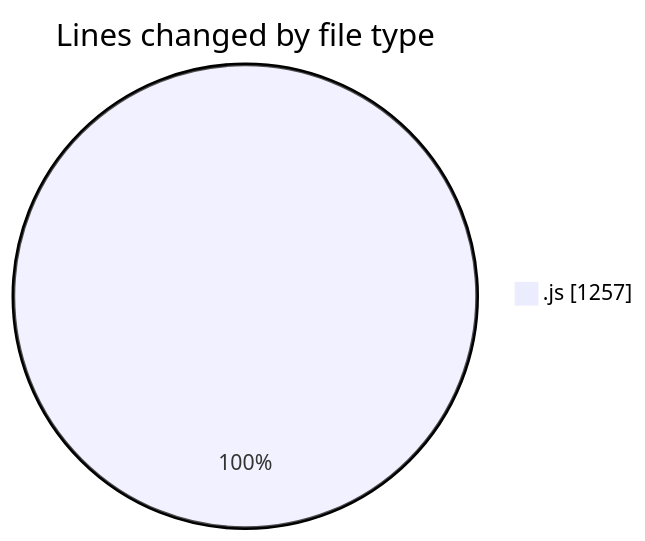
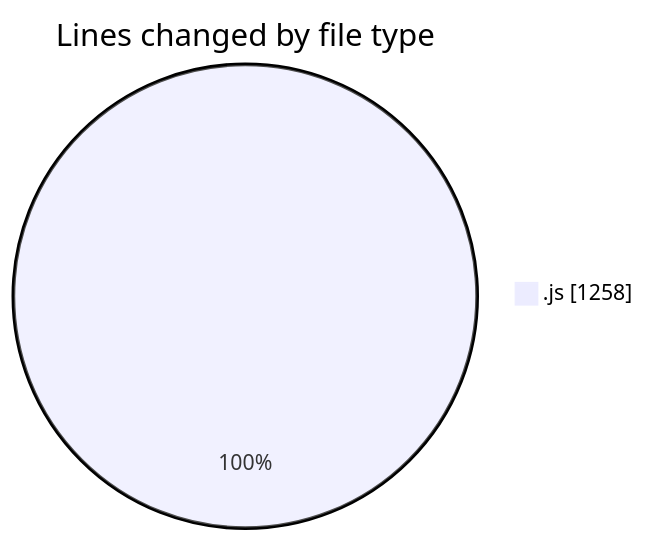
The first of 2 diagrams in 2025-09-08/cashcalculator/README.md (nxtqubesakshisongat/code-tracking), drawn with Mermaid before and after one commit. The commit also changed other lines of this file and 1 other file, not shown here.

````diff
--- a/2025-09-08/cashcalculator/README.md
+++ b/2025-09-08/cashcalculator/README.md
@@ -20,5 +20,5 @@
 ```mermaid
 pie showData
 title Lines changed by file type
-".js" : 1257
+".js" : 1258
 ```
````
